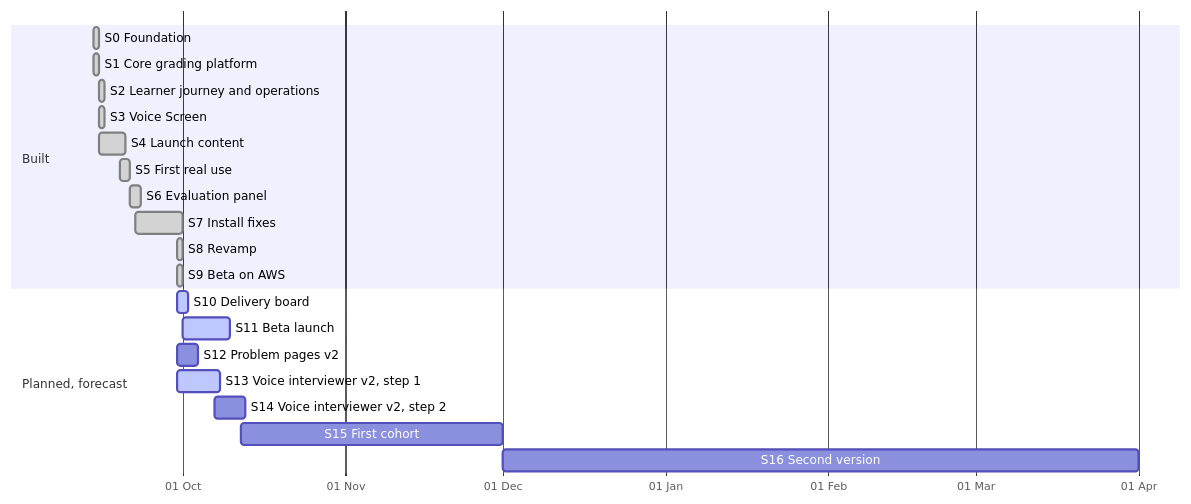
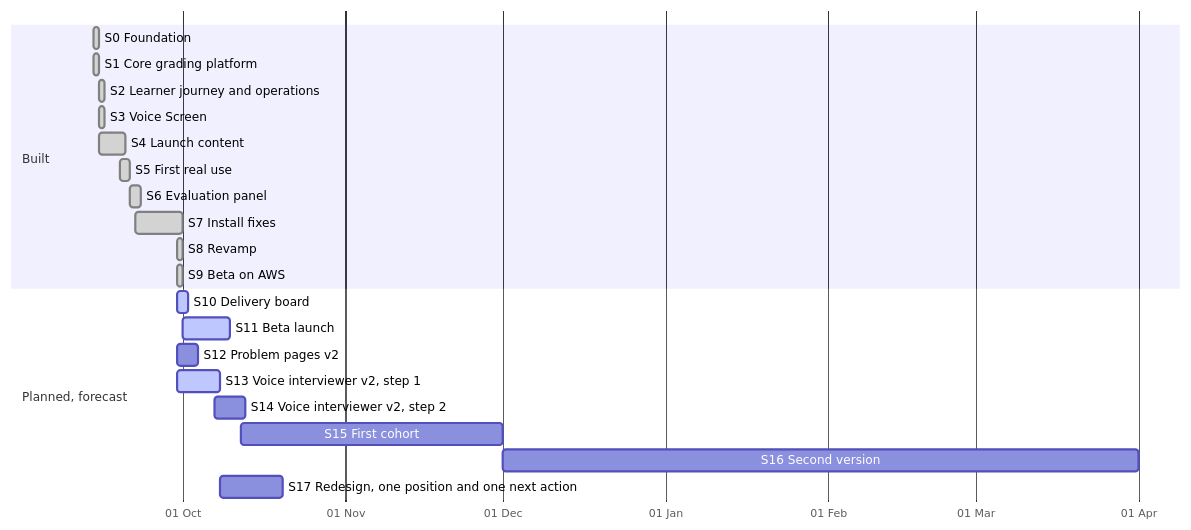
Before and after one commit to fde-academy-lab/fdeprep: the diagram in docs/project/README.md, drawn with Mermaid. The commit also changed 27 other files, not shown here.

````diff
--- a/docs/project/README.md
+++ b/docs/project/README.md
@@ -28,24 +28,25 @@
 ```mermaid
 gantt
   dateFormat YYYY-MM-DD
   axisFormat %d %b
   section Built
   S0 Foundation :done, s0, 2026-09-14, 1d
   S1 Core grading platform :done, s1, 2026-09-14, 1d
   S2 Learner journey and operations :done, s2, 2026-09-15, 1d
   S3 Voice Screen :done, s3, 2026-09-15, 1d
   S4 Launch content :done, s4, 2026-09-15, 5d
   S5 First real use :done, s5, 2026-09-19, 2d
   S6 Evaluation panel :done, s6, 2026-09-21, 2d
   S7 Install fixes :done, s7, 2026-09-22, 9d
   S8 Revamp :done, s8, 2026-09-30, 1d
   S9 Beta on AWS :done, s9, 2026-09-30, 1d
   section Planned, forecast
   S10 Delivery board :active, s10, 2026-09-30, 2d
   S11 Beta launch :active, s11, 2026-10-01, 9d
   S12 Problem pages v2 :s12, 2026-09-30, 4d
   S13 Voice interviewer v2, step 1 :active, s13, 2026-09-30, 8d
   S14 Voice interviewer v2, step 2 :s14, 2026-10-07, 6d
   S15 First cohort :s15, 2026-10-12, 50d
   S16 Second version :s16, 2026-12-01, 121d
+  S17 Redesign, one position and one next action :s17, 2026-10-08, 12d
 ```
````
